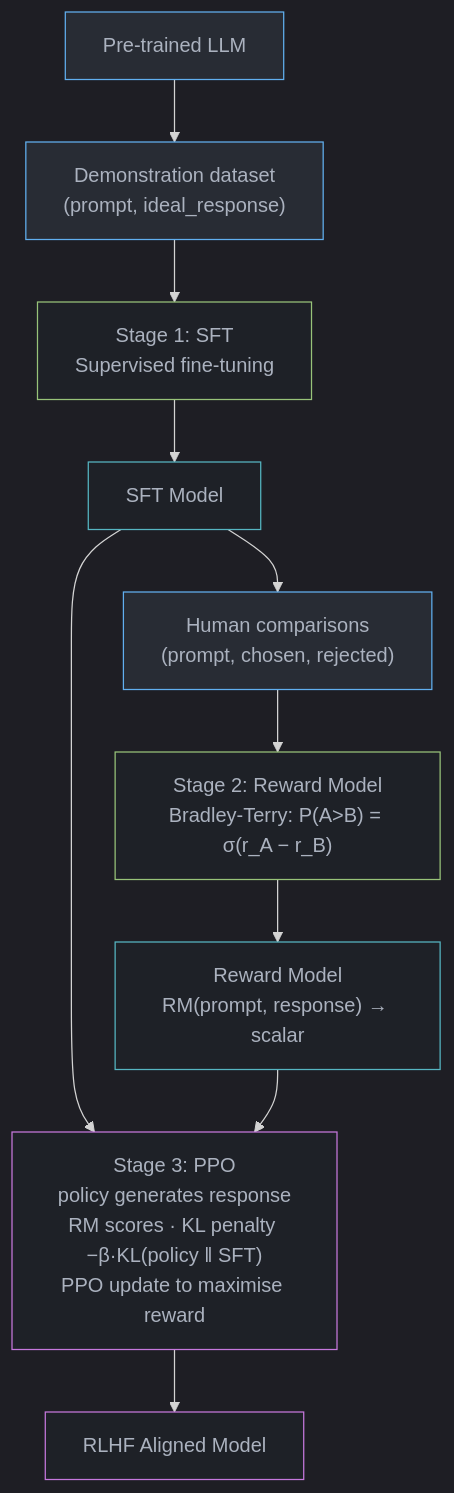
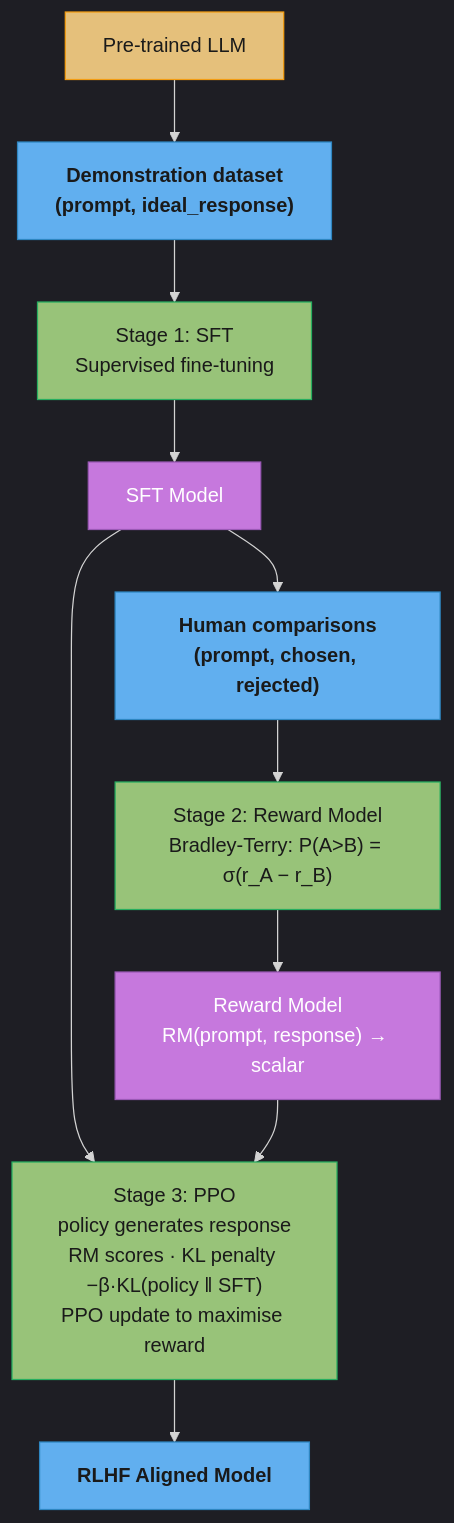
One commit to rppol/system-design changed the first of 3 diagrams in src/main/java/com/rutik/systemdesign/llm/alignment_and_rlhf/README.md. Above: the diagram before and after it, drawn with Mermaid. The commit also changed other lines of this file and 88 other files, not shown here.

````diff
--- a/src/main/java/com/rutik/systemdesign/llm/alignment_and_rlhf/README.md
+++ b/src/main/java/com/rutik/systemdesign/llm/alignment_and_rlhf/README.md
@@ -254,27 +254,30 @@
 ```mermaid
 %%{init: {'flowchart': {'curve': 'basis'}, 'theme': 'dark'}}%%
 flowchart TD
-    classDef io    fill:#282c34,stroke:#61afef,color:#abb2bf
-    classDef proc  fill:#1e2127,stroke:#98c379,color:#abb2bf
-    classDef llm   fill:#1e2127,stroke:#c678dd,color:#abb2bf
-    classDef store fill:#1e2127,stroke:#56b6c2,color:#abb2bf
+    classDef io      fill:#61afef,stroke:#2e86c1,color:#1a1a1a,font-weight:bold
+    classDef frozen  fill:#c678dd,stroke:#9b59b6,color:#fff
+    classDef train   fill:#98c379,stroke:#27ae60,color:#1a1a1a
+    classDef mathOp  fill:#d19a66,stroke:#e67e22,color:#1a1a1a,font-weight:bold
+    classDef lossN   fill:#e06c75,stroke:#c0392b,color:#fff,font-weight:bold
+    classDef req     fill:#56b6c2,stroke:#0097a7,color:#1a1a1a
+    classDef base    fill:#e5c07b,stroke:#f39c12,color:#1a1a1a
 
     BASE["Pre-trained LLM"]
     SFT_D["Demonstration dataset\n(prompt, ideal_response)"]
     SFT["Stage 1: SFT\nSupervised fine-tuning"]
     SFT_M["SFT Model"]
     RM_D["Human comparisons\n(prompt, chosen, rejected)"]
     RM_T["Stage 2: Reward Model\nBradley-Terry: P(A>B) = σ(r_A − r_B)"]
     RM["Reward Model\nRM(prompt, response) → scalar"]
     PPO["Stage 3: PPO\npolicy generates response\nRM scores · KL penalty −β·KL(policy ‖ SFT)\nPPO update to maximise reward"]
     OUT["RLHF Aligned Model"]
 
     BASE --> SFT_D --> SFT --> SFT_M
     SFT_M --> RM_D --> RM_T --> RM
     SFT_M & RM --> PPO --> OUT
 
-    class BASE,SFT_D,RM_D io
-    class SFT,RM_T proc
-    class SFT_M,RM store
-    class PPO,OUT llm
+    class SFT_D,RM_D,OUT io
+    class BASE base
+    class SFT,RM_T,PPO train
+    class SFT_M,RM frozen
 ```
````
